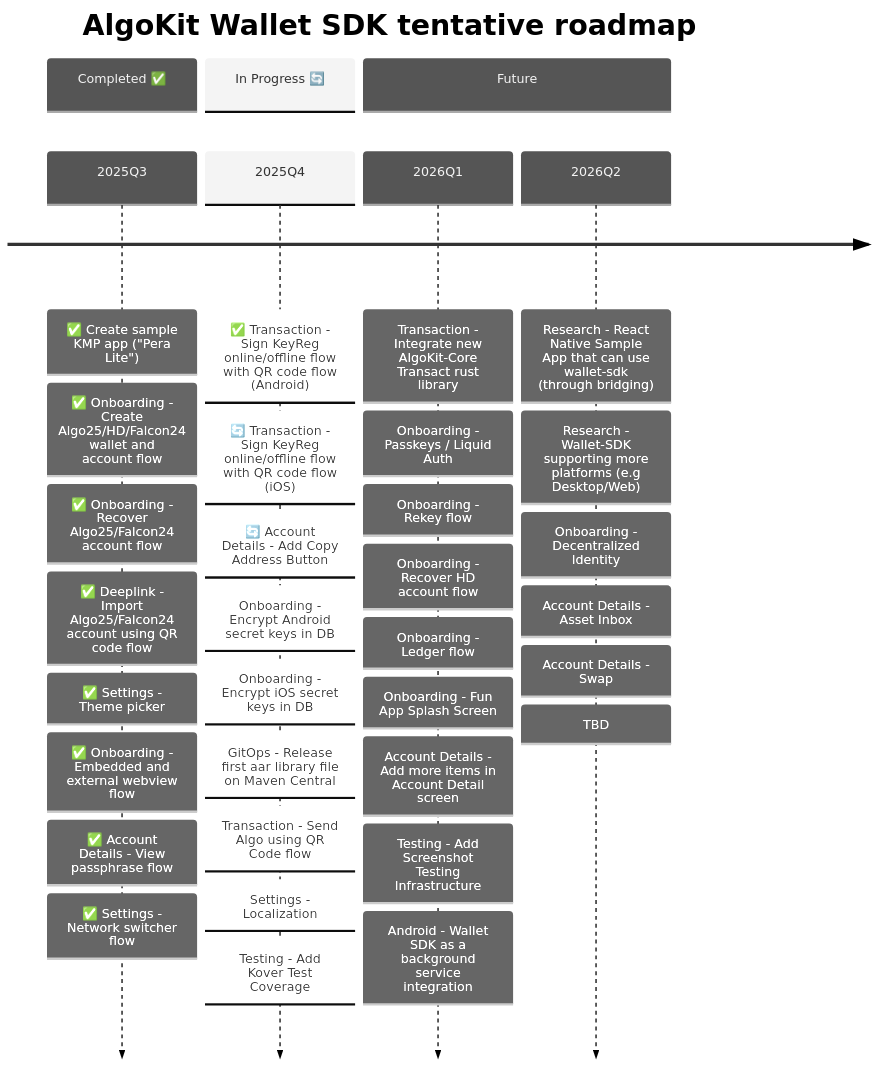
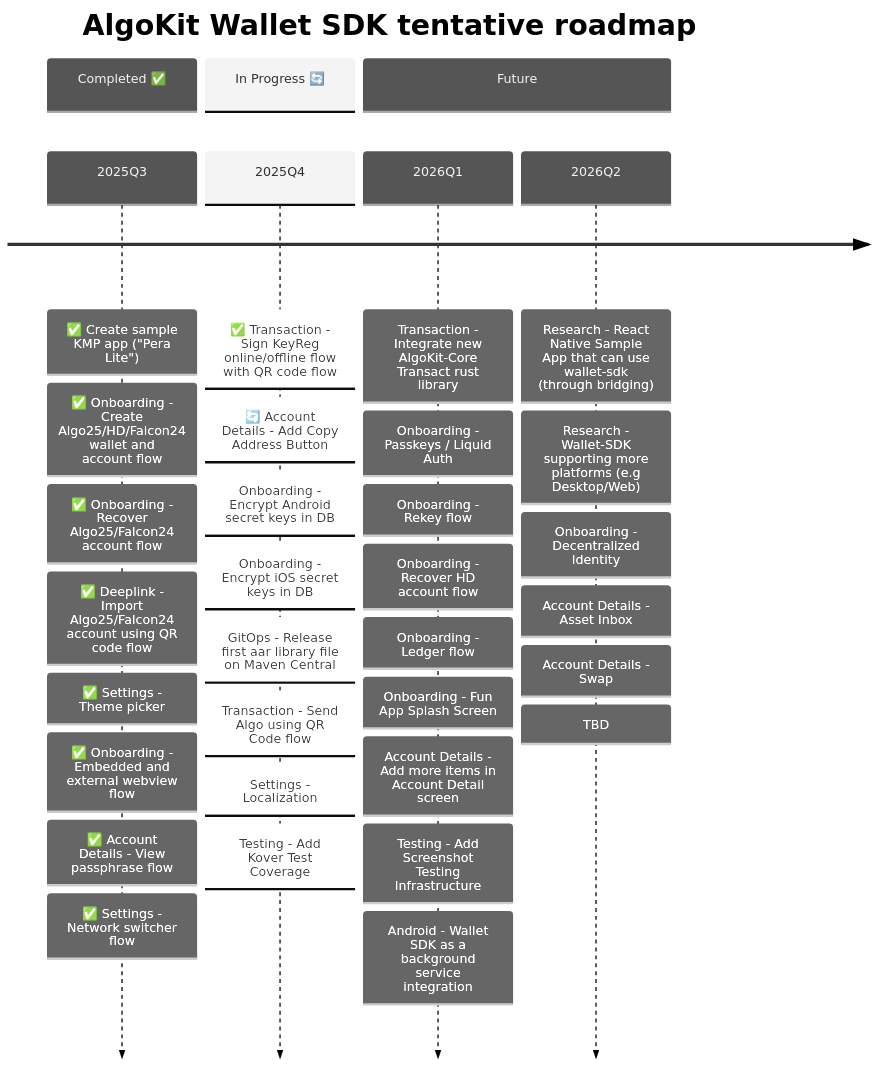
The second of 3 diagrams in README.md (michaeltchuang/algokit-walletsdk-kmp), drawn with Mermaid before and after one commit. The commit also changed 13 other files, not shown here.

````diff
--- a/README.md
+++ b/README.md
@@ -47,46 +47,45 @@
 ```mermaid
 ---
 config:
   theme: 'neutral'
 ---
 timeline
     title AlgoKit Wallet SDK tentative roadmap
 
     section Completed ✅
     2025Q3  : ✅ Create sample KMP app ("Pera Lite")
             : ✅ Onboarding - Create Algo25/HD/Falcon24 wallet and account flow
             : ✅ Onboarding - Recover Algo25/Falcon24 account flow
             : ✅ Deeplink - Import Algo25/Falcon24 account using QR code flow
             : ✅ Settings - Theme picker
             : ✅ Onboarding - Embedded and external webview flow
             : ✅ Account Details - View passphrase flow
             : ✅ Settings - Network switcher flow
 
     section In Progress 🔄
-    2025Q4  : ✅ Transaction - Sign KeyReg online/offline flow with QR code flow (Android)
-            : 🔄 Transaction - Sign KeyReg online/offline flow with QR code flow (iOS)
+    2025Q4  : ✅ Transaction - Sign KeyReg online/offline flow with QR code flow
             : 🔄 Account Details - Add Copy Address Button
             : Onboarding - Encrypt Android secret keys in DB
             : Onboarding - Encrypt iOS secret keys in DB
             : GitOps - Release first aar library file on Maven Central
             : Transaction - Send Algo using QR Code flow
             : Settings - Localization
             : Testing - Add Kover Test Coverage
 
     section Future
     2026Q1  : Transaction - Integrate new AlgoKit-Core Transact rust library
             : Onboarding - Passkeys / Liquid Auth
             : Onboarding - Rekey flow
             : Onboarding - Recover HD account flow
             : Onboarding - Ledger flow
             : Onboarding - Fun App Splash Screen
             : Account Details - Add more items in Account Detail screen
             : Testing - Add Screenshot Testing Infrastructure
             : Android - Wallet SDK as a background service integration
     2026Q2  : Research - React Native Sample App that can use wallet-sdk (through bridging)
             : Research - Wallet-SDK supporting more platforms (e.g Desktop/Web)
             : Onboarding - Decentralized Identity
             : Account Details - Asset Inbox
             : Account Details - Swap
             : TBD
 ```
````
